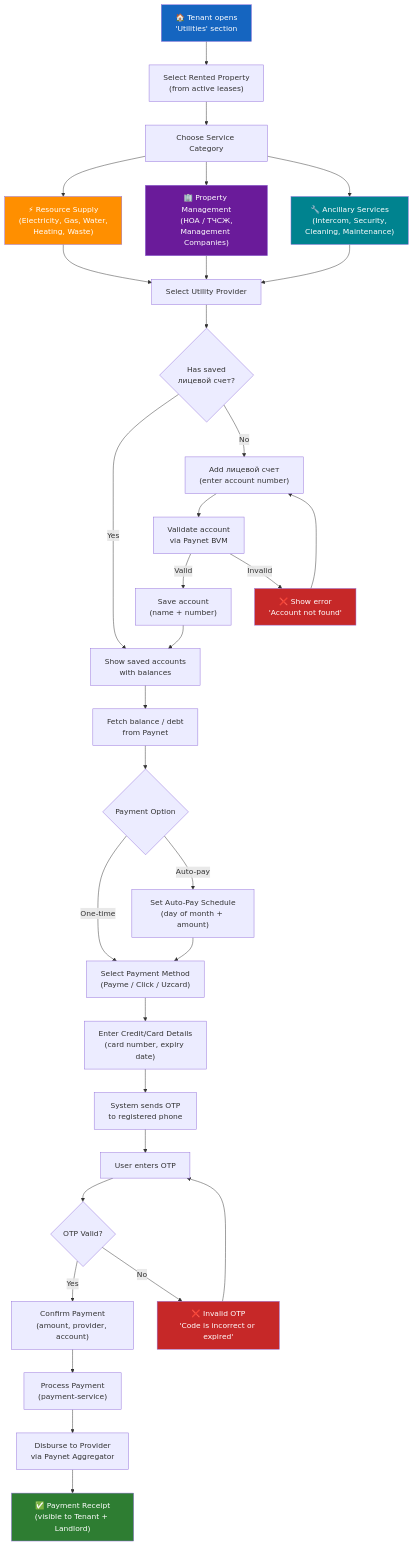
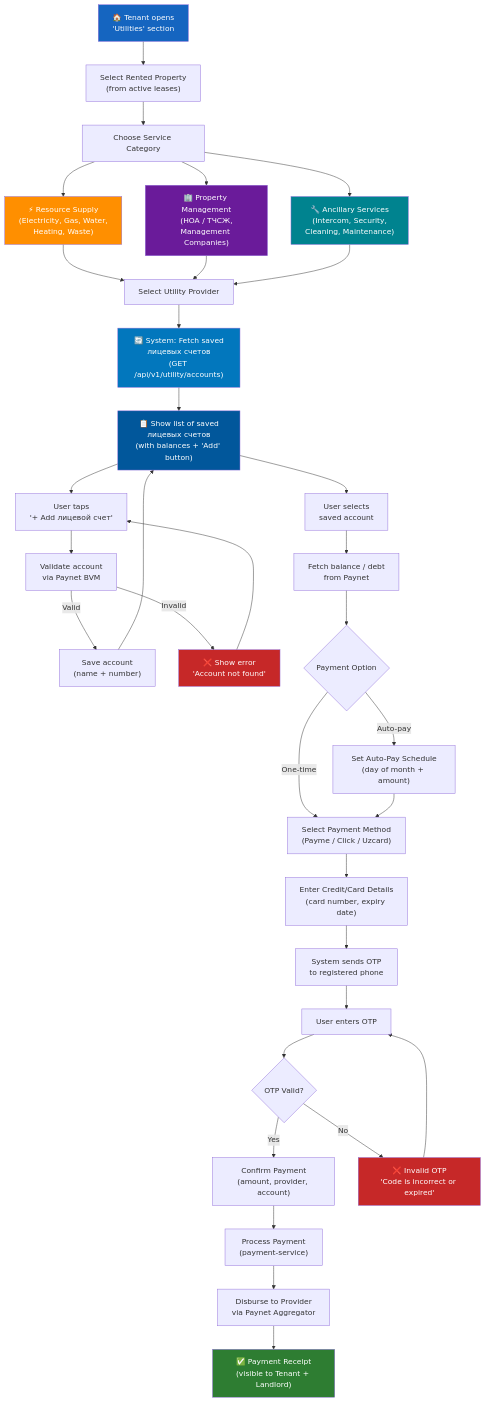
The first of 13 diagrams in utilities-payment-userflow.md (saodatm-dev/Utilities---Informational-Architecture), drawn with Mermaid before and after one commit. The commit also changed other lines of this file, not shown here.

Commit message:
feat: Rework utility account selection flow to always display a list of saved accounts with an option to add new ones.

````diff
--- a/utilities-payment-userflow.md
+++ b/utilities-payment-userflow.md
@@ -27,55 +27,59 @@
 ```mermaid
 flowchart TD
     START["🏠 Tenant opens<br/>'Utilities' section"] --> SELECT_PROP["Select Rented Property<br/>(from active leases)"]
 
     SELECT_PROP --> TABS["Choose Service Category"]
 
     TABS --> TAB1["⚡ Resource Supply<br/>(Electricity, Gas, Water,<br/>Heating, Waste)"]
     TABS --> TAB2["🏢 Property Management<br/>(HOA / ТЧСЖ,<br/>Management Companies)"]
     TABS --> TAB3["🔧 Ancillary Services<br/>(Intercom, Security,<br/>Cleaning, Maintenance)"]
 
     TAB1 --> PROVIDER["Select Utility Provider"]
     TAB2 --> PROVIDER
     TAB3 --> PROVIDER
 
-    PROVIDER --> ACCOUNT{"Has saved<br/>лицевой счет?"}
+    PROVIDER --> FETCH_ACCOUNTS["🔄 System: Fetch saved<br/>лицевых счетов<br/>(GET /api/v1/utility/accounts)"]
 
-    ACCOUNT -->|"Yes"| SAVED["Show saved accounts<br/>with balances"]
-    ACCOUNT -->|"No"| ADD["Add лицевой счет<br/>(enter account number)"]
+    FETCH_ACCOUNTS --> LIST_SCREEN["📋 Show list of saved<br/>лицевых счетов<br/>(with balances + 'Add' button)"]
+
+    LIST_SCREEN --> SELECT_SAVED["User selects<br/>saved account"]
+    LIST_SCREEN --> ADD["User taps<br/>'+ Add лицевой счет'"]
 
     ADD --> VALIDATE["Validate account<br/>via Paynet BVM"]
     VALIDATE -->|"Valid"| SAVE["Save account<br/>(name + number)"]
     VALIDATE -->|"Invalid"| ERROR["❌ Show error<br/>'Account not found'"]
     ERROR --> ADD
 
-    SAVE --> SAVED
-    SAVED --> AMOUNT["Fetch balance / debt<br/>from Paynet"]
+    SAVE --> LIST_SCREEN
+    SELECT_SAVED --> AMOUNT["Fetch balance / debt<br/>from Paynet"]
 
     AMOUNT --> PAY_OPTS{"Payment Option"}
     PAY_OPTS -->|"One-time"| SELECT_METHOD["Select Payment Method<br/>(Payme / Click / Uzcard)"]
     PAY_OPTS -->|"Auto-pay"| SCHEDULE["Set Auto-Pay Schedule<br/>(day of month + amount)"]
 
     SCHEDULE --> SELECT_METHOD
     SELECT_METHOD --> CARD_DETAILS["Enter Credit/Card Details<br/>(card number, expiry date)"]
 
     CARD_DETAILS --> SEND_OTP["System sends OTP<br/>to registered phone"]
     SEND_OTP --> ENTER_OTP["User enters OTP"]
     ENTER_OTP --> OTP_CHECK{"OTP Valid?"}
 
     OTP_CHECK -->|"Yes"| CONFIRM["Confirm Payment<br/>(amount, provider, account)"]
     OTP_CHECK -->|"No"| OTP_ERROR["❌ Invalid OTP<br/>'Code is incorrect or expired'"]
     OTP_ERROR --> ENTER_OTP
 
     CONFIRM --> PROCESS["Process Payment<br/>(payment-service)"]
     PROCESS --> PAYNET["Disburse to Provider<br/>via Paynet Aggregator"]
 
     PAYNET --> RECEIPT["✅ Payment Receipt<br/>(visible to Tenant + Landlord)"]
 
     style START fill:#1565C0,color:#fff
     style RECEIPT fill:#2E7D32,color:#fff
     style ERROR fill:#C62828,color:#fff
     style OTP_ERROR fill:#C62828,color:#fff
     style TAB1 fill:#FF8F00,color:#fff
     style TAB2 fill:#6A1B9A,color:#fff
     style TAB3 fill:#00838F,color:#fff
+    style FETCH_ACCOUNTS fill:#0277BD,color:#fff
+    style LIST_SCREEN fill:#01579B,color:#fff
 ```
````
